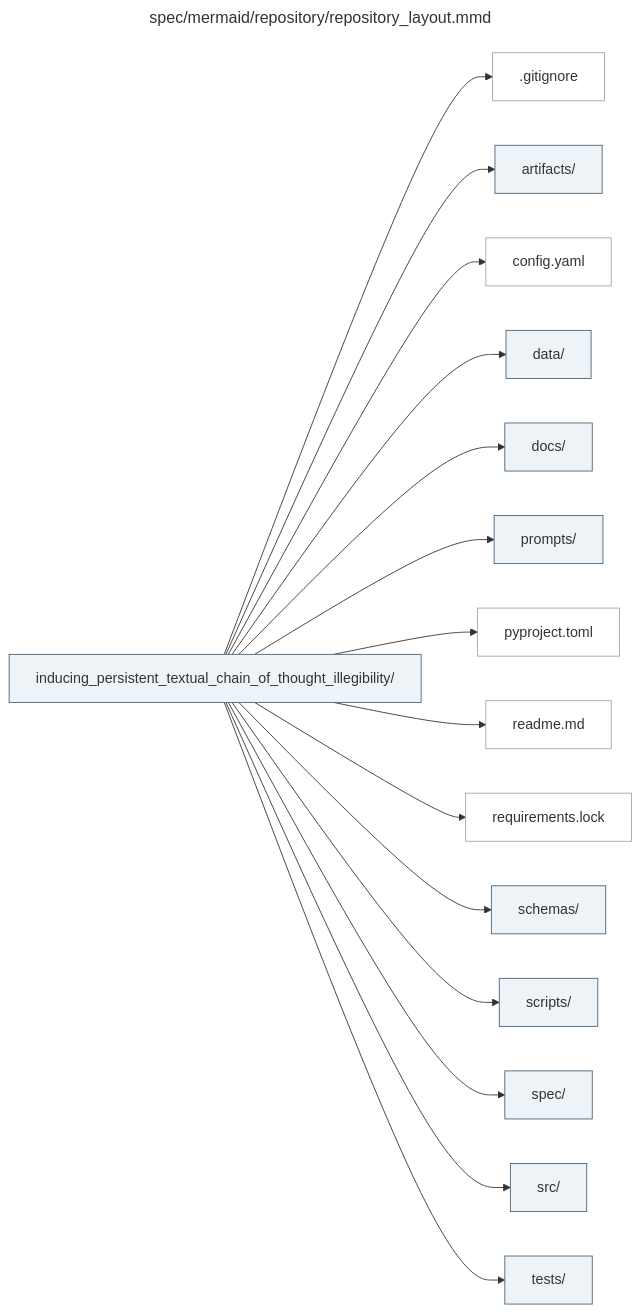
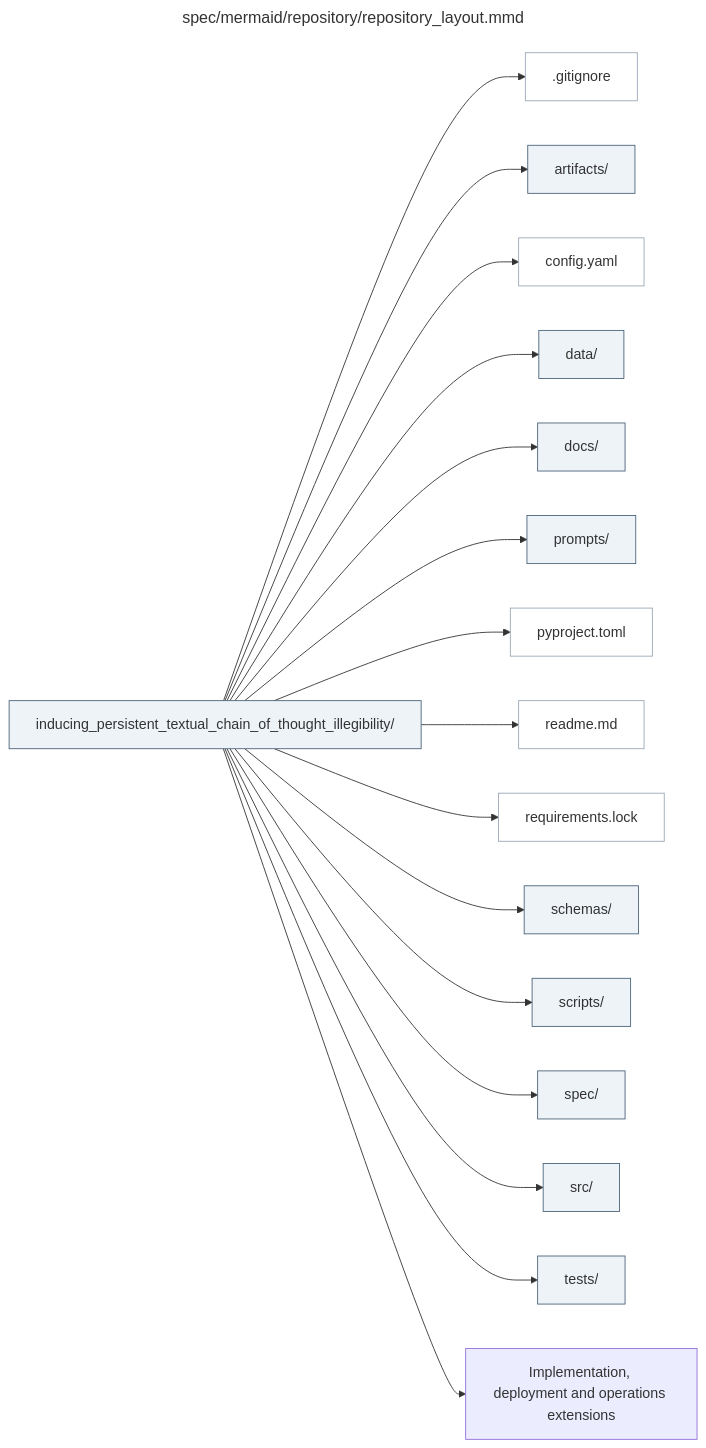
Before and after one commit to AJUNNYC/inducing_persistent_textual_chain_of_thought_illegibility: the diagram in spec/mermaid/repository/repository_layout.mmd, drawn with Mermaid. The commit also changed 107 other files, not shown here.

```diff
--- a/spec/mermaid/repository/repository_layout.mmd
+++ b/spec/mermaid/repository/repository_layout.mmd
@@ -1,47 +1,50 @@
 ---
 title: "spec/mermaid/repository/repository_layout.mmd"
 ---
 flowchart LR
 %% Exact repository containment. These edges are organizational, not scientific dataflow.
     p_cdb4ee2aea69cc["inducing_persistent_textual_chain_of_thought_illegibility/"]
     p_bc37d034bad564[".gitignore"]
     p_0f50505ce22407["artifacts/"]
     p_d8d0422389f03d["config.yaml"]
     p_3a6eb0790f39ac["data/"]
     p_46b42b4229cd7a["docs/"]
     p_eb7526362ee767["prompts/"]
     p_50c86b7ed8ac2c["pyproject.toml"]
     p_5a831ea67cf5cf["readme.md"]
     p_ddfde0dd1838fd["requirements.lock"]
     p_fd70ea1de98fdc["schemas/"]
     p_8c5967fd8486f3["scripts/"]
     p_d4f02eaafd1a9e["spec/"]
     p_25a6634263c1b1["src/"]
     p_59830ebc3a4184["tests/"]
     p_cdb4ee2aea69cc --> p_bc37d034bad564
     p_cdb4ee2aea69cc --> p_0f50505ce22407
     p_cdb4ee2aea69cc --> p_d8d0422389f03d
     p_cdb4ee2aea69cc --> p_3a6eb0790f39ac
     p_cdb4ee2aea69cc --> p_46b42b4229cd7a
     p_cdb4ee2aea69cc --> p_eb7526362ee767
     p_cdb4ee2aea69cc --> p_50c86b7ed8ac2c
     p_cdb4ee2aea69cc --> p_5a831ea67cf5cf
     p_cdb4ee2aea69cc --> p_ddfde0dd1838fd
     p_cdb4ee2aea69cc --> p_fd70ea1de98fdc
     p_cdb4ee2aea69cc --> p_8c5967fd8486f3
     p_cdb4ee2aea69cc --> p_d4f02eaafd1a9e
     p_cdb4ee2aea69cc --> p_25a6634263c1b1
     p_cdb4ee2aea69cc --> p_59830ebc3a4184
+    implementation_extensions["Implementation, deployment and operations extensions"]
+    p_cdb4ee2aea69cc --> implementation_extensions
+%% Child: implementation_extensions => implementation_extensions.mmd
 %% Child: p_d4f02eaafd1a9e => spec_layout.mmd
 %% Child: p_46b42b4229cd7a => docs_layout.mmd
 %% Child: p_25a6634263c1b1 => src_layout.mmd
 %% Child: p_59830ebc3a4184 => tests_layout.mmd
 %% Child: p_8c5967fd8486f3 => support_layout.mmd
 %% Child: p_eb7526362ee767 => support_layout.mmd
 %% Child: p_fd70ea1de98fdc => support_layout.mmd
 %% Child: p_3a6eb0790f39ac => runtime_layout.mmd
 %% Child: p_0f50505ce22407 => runtime_layout.mmd
     classDef folder fill:#eef3f8,stroke:#4b647a
     classDef file fill:#ffffff,stroke:#9ba8b5
     class p_cdb4ee2aea69cc,p_0f50505ce22407,p_3a6eb0790f39ac,p_46b42b4229cd7a,p_eb7526362ee767,p_fd70ea1de98fdc,p_8c5967fd8486f3,p_d4f02eaafd1a9e,p_25a6634263c1b1,p_59830ebc3a4184 folder
     class p_bc37d034bad564,p_d8d0422389f03d,p_50c86b7ed8ac2c,p_5a831ea67cf5cf,p_ddfde0dd1838fd file
```
